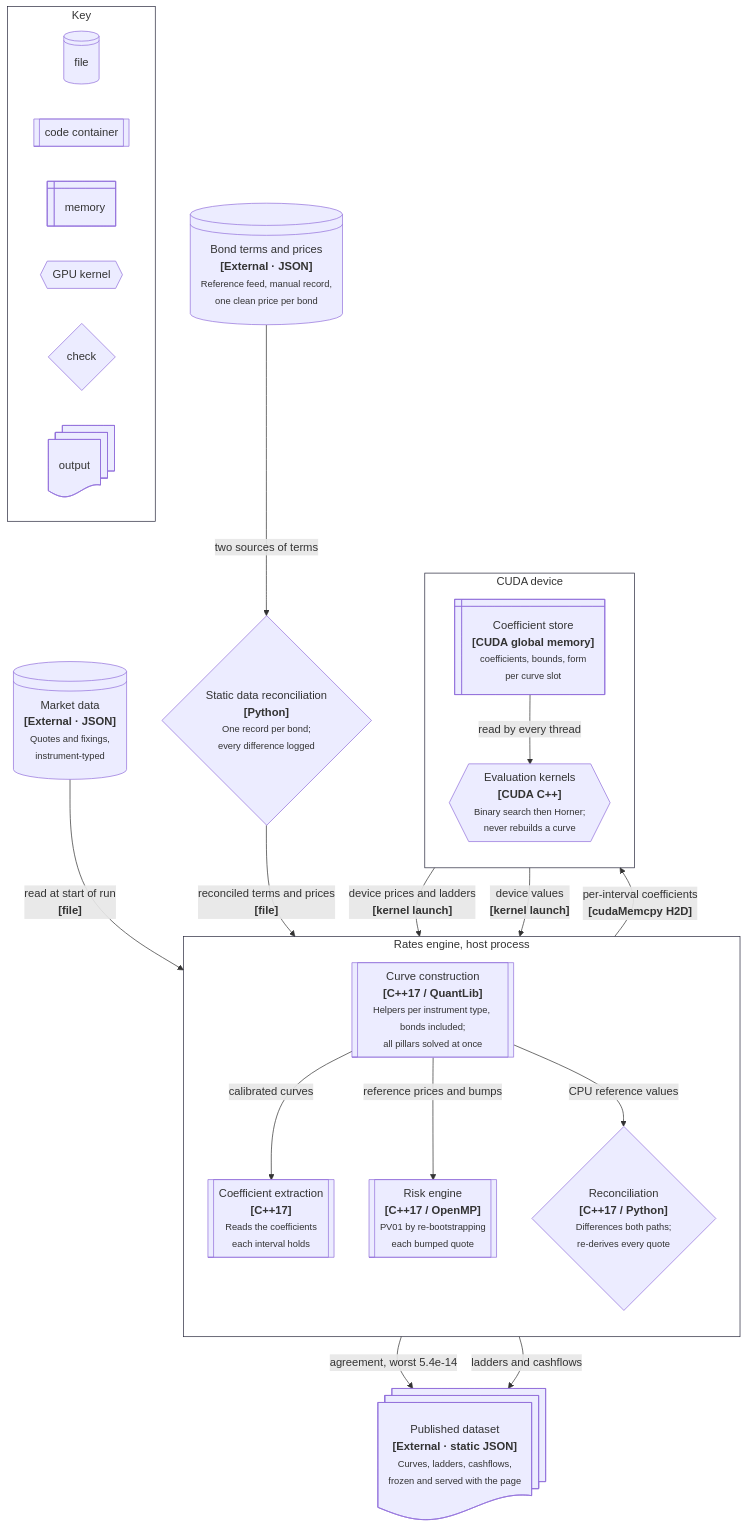
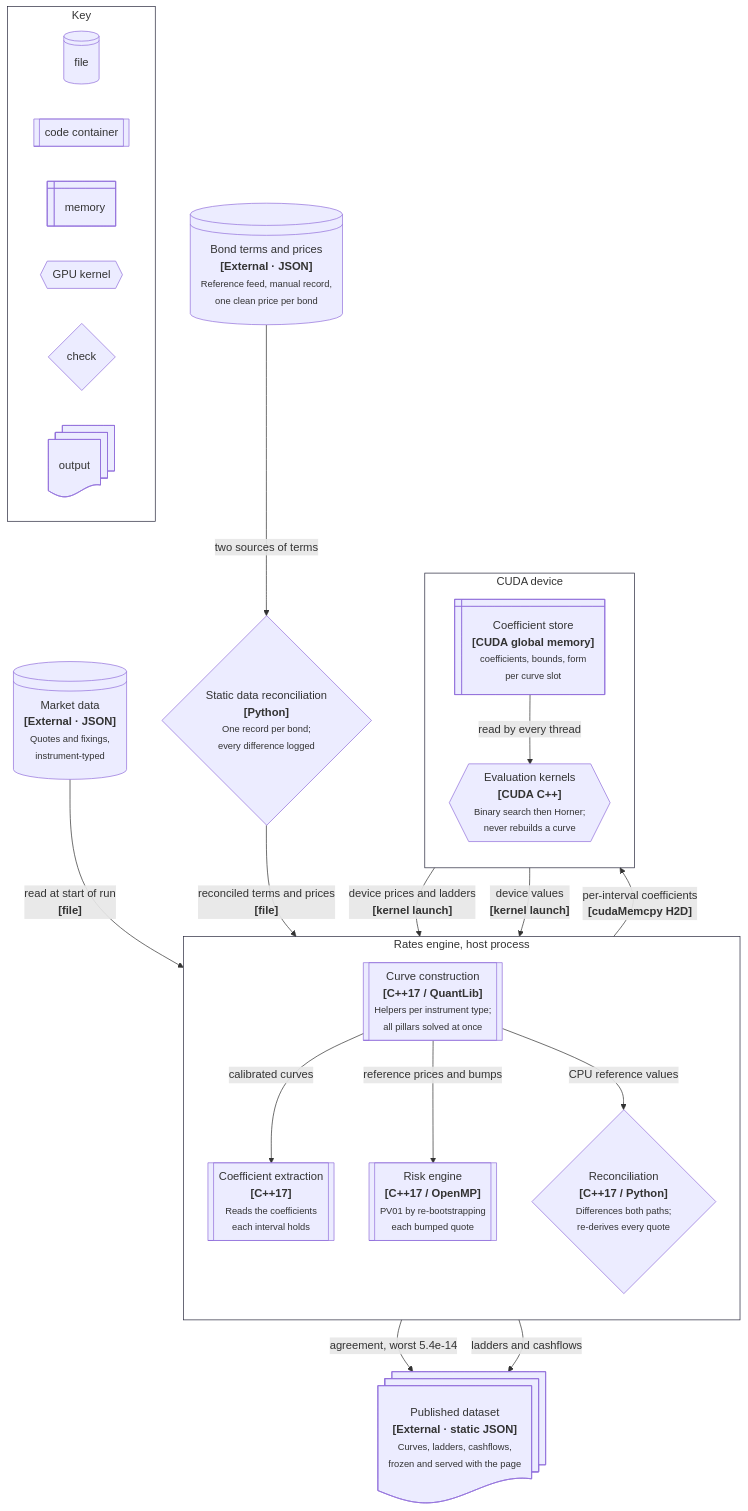
One commit to jrwglover/portfolio changed the diagram in src/components/dashboards/curve_model/diagrams/c4-container.mmd. Above: the diagram before and after it, drawn with Mermaid. The commit also changed 15 other files, not shown here.

Commit message:
Bonds as one product among the others: ledes, tab names, architecture panel, pipeline gates and diagrams no longer single them out

```diff
--- a/src/components/dashboards/curve_model/diagrams/c4-container.mmd
+++ b/src/components/dashboards/curve_model/diagrams/c4-container.mmd
@@ -1,57 +1,57 @@
 %% C4 Level 2: Container.
 %% Every element carries name, [type: technology] and a description; every
 %% relationship is labelled with intent, and those crossing the process or
 %% device boundary also name the protocol. Shapes are secondary to the labels
 %% and are explained in the key.
 %% .
 %% Deliberately not one container per source file: the term structures are
 %% process state rather than a container, and the CSV/JSON outputs are one
 %% dataset. An earlier version listed both and laid out 4613px wide, which is
 %% not readable on a page.
 flowchart TB
   MD@{ shape: lin-cyl, label: "Market data<br/><b>[External · JSON]</b><br/><small>Quotes and fixings,<br/>instrument-typed</small>" }
 
   BSD@{ shape: lin-cyl, label: "Bond terms and prices<br/><b>[External · JSON]</b><br/><small>Reference feed, manual record,<br/>one clean price per bond</small>" }
   SREC@{ shape: diam, label: "Static data reconciliation<br/><b>[Python]</b><br/><small>One record per bond;<br/>every difference logged</small>" }
 
   subgraph HOST["Rates engine, host process"]
     direction TB
-    BOOT@{ shape: subproc, label: "Curve construction<br/><b>[C++17 / QuantLib]</b><br/><small>Helpers per instrument type, bonds included;<br/>all pillars solved at once</small>" }
+    BOOT@{ shape: subproc, label: "Curve construction<br/><b>[C++17 / QuantLib]</b><br/><small>Helpers per instrument type;<br/>all pillars solved at once</small>" }
     COEF@{ shape: subproc, label: "Coefficient extraction<br/><b>[C++17]</b><br/><small>Reads the coefficients<br/>each interval holds</small>" }
     RISK@{ shape: subproc, label: "Risk engine<br/><b>[C++17 / OpenMP]</b><br/><small>PV01 by re-bootstrapping<br/>each bumped quote</small>" }
     RECON@{ shape: diam, label: "Reconciliation<br/><b>[C++17 / Python]</b><br/><small>Differences both paths;<br/>re-derives every quote</small>" }
   end
 
   subgraph DEV["CUDA device"]
     direction TB
     CMEM@{ shape: win-pane, label: "Coefficient store<br/><b>[CUDA global memory]</b><br/><small>coefficients, bounds, form<br/>per curve slot</small>" }
     KERN@{ shape: hex, label: "Evaluation kernels<br/><b>[CUDA C++]</b><br/><small>Binary search then Horner;<br/>never rebuilds a curve</small>" }
   end
 
   PUB@{ shape: docs, label: "Published dataset<br/><b>[External · static JSON]</b><br/><small>Curves, ladders, cashflows,<br/>frozen and served with the page</small>" }
 
   MD -->|"read at start of run<br/><b>[file]</b>"| BOOT
   BSD -->|"two sources of terms"| SREC
   SREC -->|"reconciled terms and prices<br/><b>[file]</b>"| BOOT
   BOOT -->|"calibrated curves"| COEF
   BOOT -->|"reference prices and bumps"| RISK
   BOOT -->|"CPU reference values"| RECON
   COEF -->|"per-interval coefficients<br/><b>[cudaMemcpy H2D]</b>"| CMEM
   CMEM -->|"read by every thread"| KERN
   KERN -->|"device prices and ladders<br/><b>[kernel launch]</b>"| RISK
   KERN -->|"device values<br/><b>[kernel launch]</b>"| RECON
   RECON -->|"agreement, worst 5.4e-14"| PUB
   RISK -->|"ladders and cashflows"| PUB
 
   subgraph KEY[" Key "]
     direction LR
     K1@{ shape: lin-cyl, label: "file" }
     K2@{ shape: subproc, label: "code container" }
     K3@{ shape: win-pane, label: "memory" }
     K4@{ shape: hex, label: "GPU kernel" }
     K5@{ shape: diam, label: "check" }
     K6@{ shape: docs, label: "output" }
   end
 
   classDef bnd fill:none,stroke:#2a2a3e
   class HOST,DEV,KEY bnd
```
